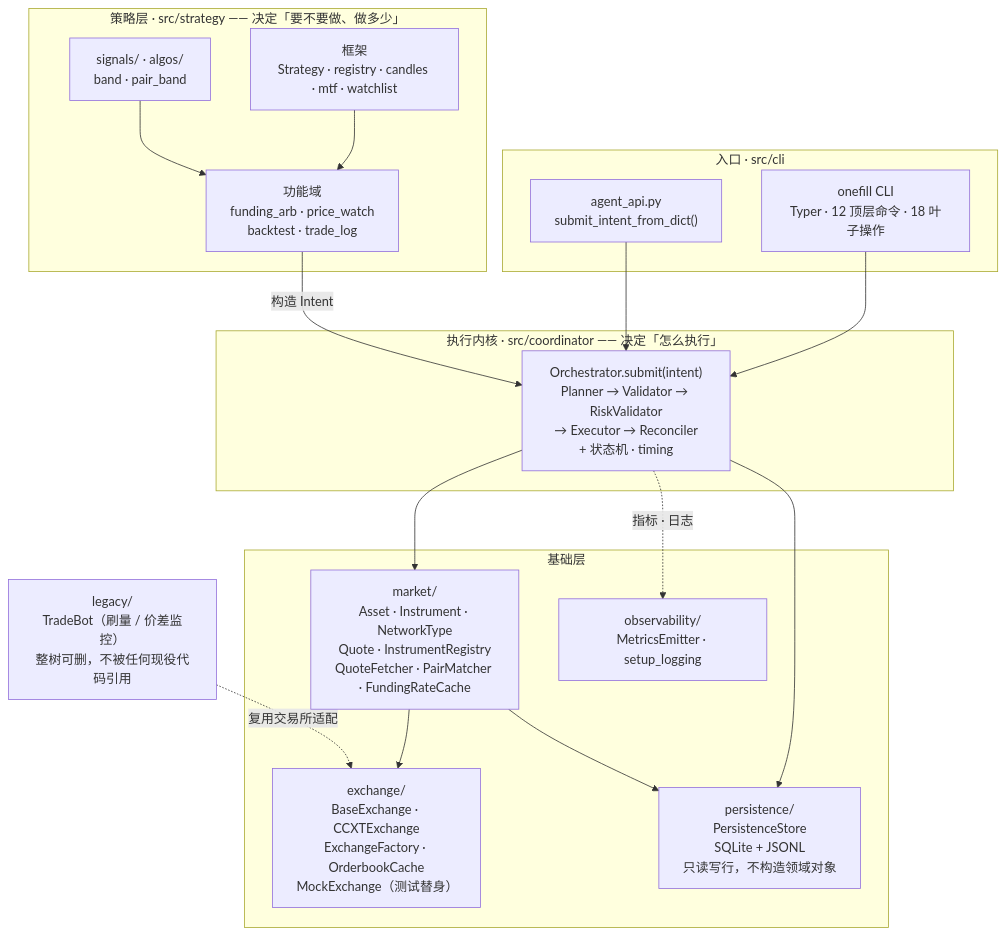
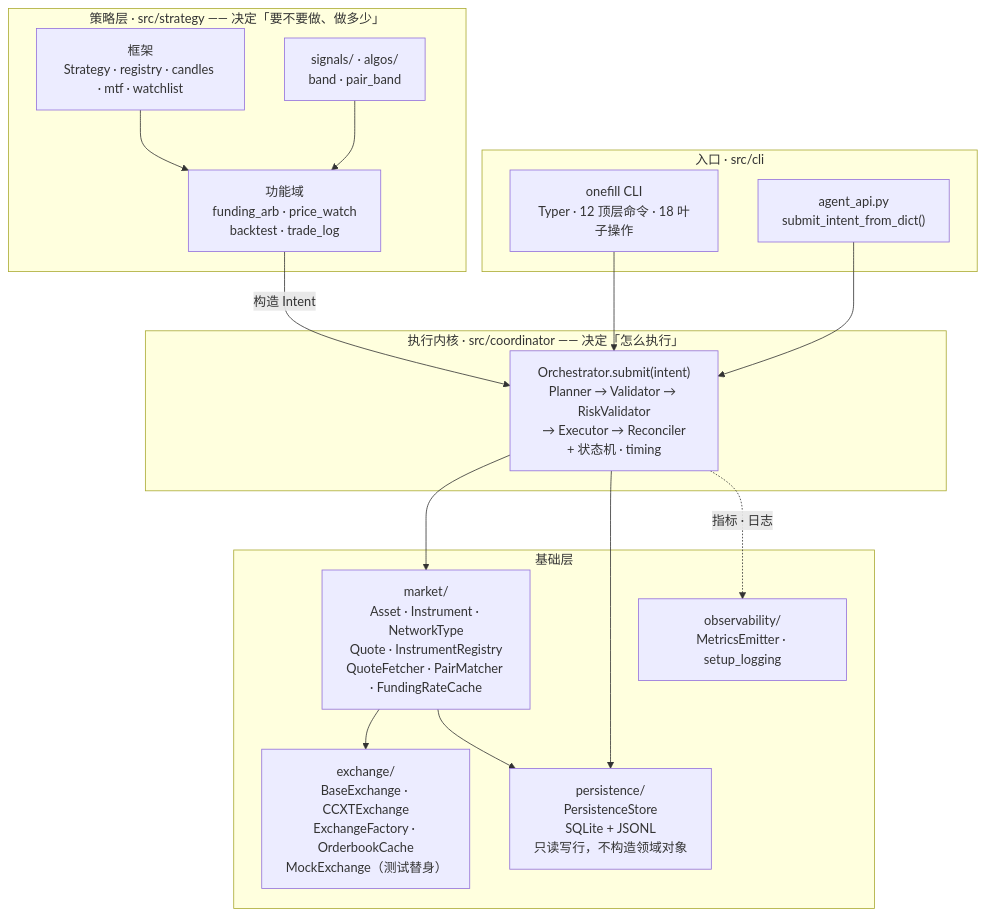
One commit to 0xkayne/OmniTrade changed the diagram in docs/developer-guide/design/sys-architecture.md. Above: the diagram before and after it, drawn with Mermaid. The commit also changed other lines of this file and 22 other files, not shown here.

First line of the commit message:
refactor: delete the legacy bot

````diff
--- a/docs/developer-guide/design/sys-architecture.md
+++ b/docs/developer-guide/design/sys-architecture.md
@@ -35,38 +35,35 @@
 ```mermaid
 flowchart TB
     subgraph ENTRY["入口 · src/cli"]
         CLI["onefill CLI<br/>Typer · 12 顶层命令 · 18 叶子操作"]
         AGENT["agent_api.py<br/>submit_intent_from_dict()"]
     end
 
     subgraph STRAT["策略层 · src/strategy —— 决定「要不要做、做多少」"]
         FRAME["框架<br/>Strategy · registry · candles · mtf · watchlist"]
         SIGALG["signals/ · algos/<br/>band · pair_band"]
         FEAT["功能域<br/>funding_arb · price_watch<br/>backtest · trade_log"]
     end
 
     subgraph CORE["执行内核 · src/coordinator —— 决定「怎么执行」"]
         PIPE["Orchestrator.submit(intent)<br/>Planner → Validator → RiskValidator<br/>→ Executor → Reconciler<br/>+ 状态机 · timing"]
     end
 
     subgraph BASE["基础层"]
         MARKET["market/<br/>Asset · Instrument · NetworkType<br/>Quote · InstrumentRegistry<br/>QuoteFetcher · PairMatcher · FundingRateCache"]
         EXCH["exchange/<br/>BaseExchange · CCXTExchange<br/>ExchangeFactory · OrderbookCache<br/>MockExchange（测试替身）"]
         PERSIST["persistence/<br/>PersistenceStore<br/>SQLite + JSONL<br/>只读写行，不构造领域对象"]
         OBS["observability/<br/>MetricsEmitter · setup_logging"]
     end
 
-    LEGACY["legacy/<br/>TradeBot（刷量 / 价差监控）<br/>整树可删，不被任何现役代码引用"]
-
     CLI --> PIPE
     AGENT --> PIPE
     FRAME --> FEAT
     SIGALG --> FEAT
     FEAT -->|构造 Intent| PIPE
     PIPE --> MARKET
     PIPE --> PERSIST
     PIPE -.->|指标 · 日志| OBS
     MARKET --> EXCH
     MARKET --> PERSIST
-    LEGACY -.->|复用交易所适配| EXCH
 ```
````
